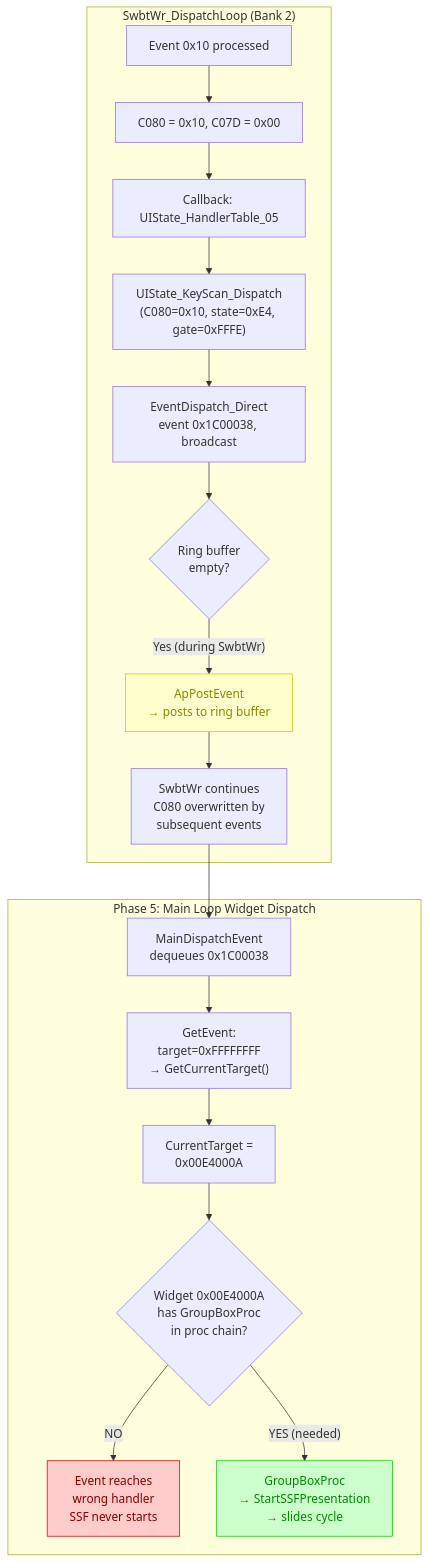
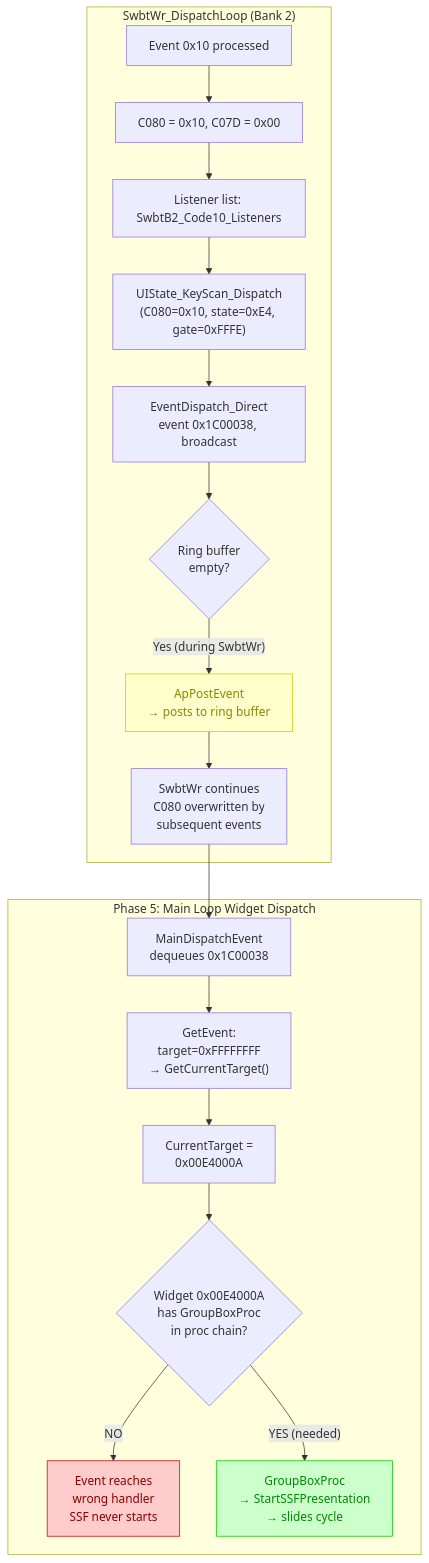
One commit to ArqueologiaDigital/technics-docs changed the ninth of 12 diagrams in ssf-presentation.md. Above: the diagram before and after it, drawn with Mermaid. The commit also changed other lines of this file and 3 other files, not shown here.

First line of the commit message:
sweep: names the Wave 2 lanes renamed (MIDI system handlers, algo case tables, SwbtWr listener lists)

````diff
--- a/ssf-presentation.md
+++ b/ssf-presentation.md
@@ -1000,26 +1000,26 @@
 ```mermaid
 flowchart TD
     subgraph SWBWR["SwbtWr_DispatchLoop (Bank 2)"]
         E10["Event 0x10 processed"] --> C080W["C080 = 0x10, C07D = 0x00"]
-        C080W --> CB["Callback: UIState_HandlerTable_05"]
+        C080W --> CB["Listener list: SwbtB2_Code10_Listeners"]
         CB --> KSD["UIState_KeyScan_Dispatch<br/>(C080=0x10, state=0xE4, gate=0xFFFE)"]
         KSD --> EDD["EventDispatch_Direct<br/>event 0x1C00038, broadcast"]
         EDD --> RBCHECK{"Ring buffer<br/>empty?"}
         RBCHECK -- "Yes (during SwbtWr)" --> POST["ApPostEvent<br/>→ posts to ring buffer"]
         POST --> CONTINUE["SwbtWr continues<br/>C080 overwritten by<br/>subsequent events"]
     end
 
     subgraph PHASE5["Phase 5: Main Loop Widget Dispatch"]
         DEQUEUE["MainDispatchEvent<br/>dequeues 0x1C00038"] --> RESOLVE["GetEvent:<br/>target=0xFFFFFFFF<br/>→ GetCurrentTarget()"]
         RESOLVE --> CT["CurrentTarget =<br/>0x00E4000A"]
         CT --> WRONG{"Widget 0x00E4000A<br/>has GroupBoxProc<br/>in proc chain?"}
         WRONG -- "NO" --> FAIL["Event reaches<br/>wrong handler<br/>SSF never starts"]
         WRONG -- "YES (needed)" --> WORK["GroupBoxProc<br/>→ StartSSFPresentation<br/>→ slides cycle"]
     end
 
     CONTINUE --> DEQUEUE
 
     style FAIL fill:#fcc,stroke:#c00,color:#800
     style WORK fill:#cfc,stroke:#0c0,color:#080
     style POST fill:#ffc,stroke:#cc0,color:#880
 ```
````
